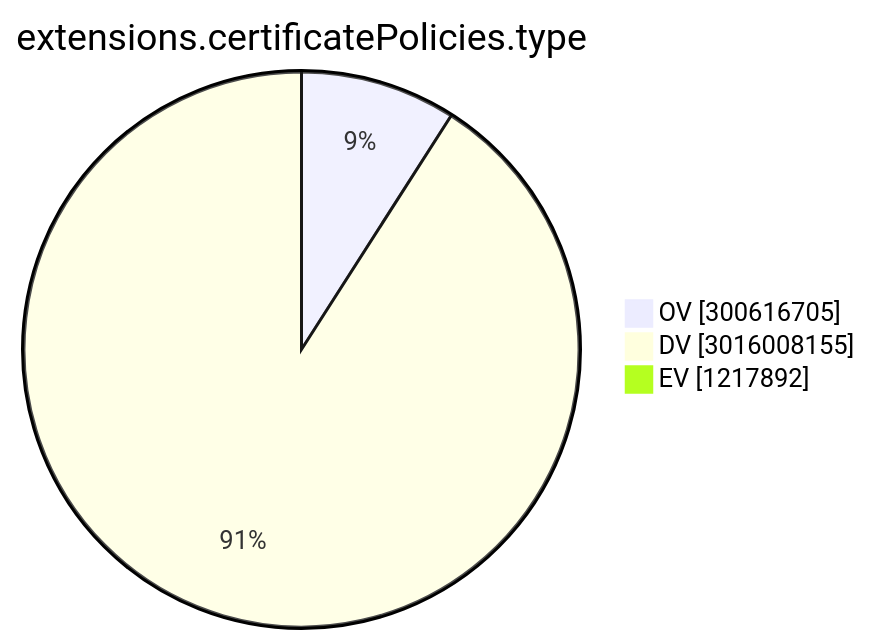
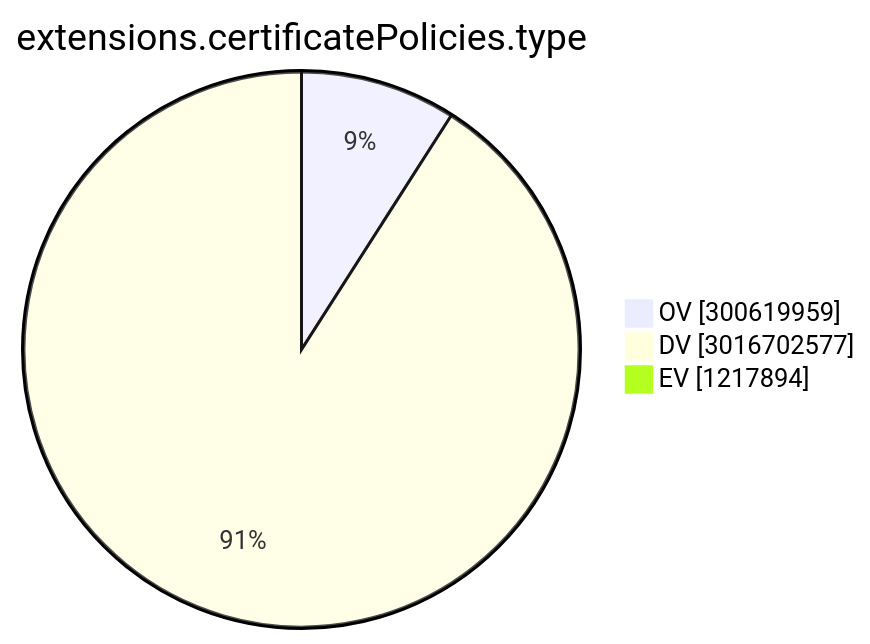
Before and after one commit to christiankrug/ctmonitor_visualization: the ninth of 15 diagrams in TOTAL/README.md, drawn with Mermaid. The commit also changed other lines of this file, not shown here.

````diff
--- a/TOTAL/README.md
+++ b/TOTAL/README.md
@@ -3102,7 +3102,7 @@
 ```mermaid
 pie showData
 title extensions.certificatePolicies.type
-"OV" :300616705
-"DV" :3016008155
-"EV" :1217892
+"OV" :300619959
+"DV" :3016702577
+"EV" :1217894
 ```
````
